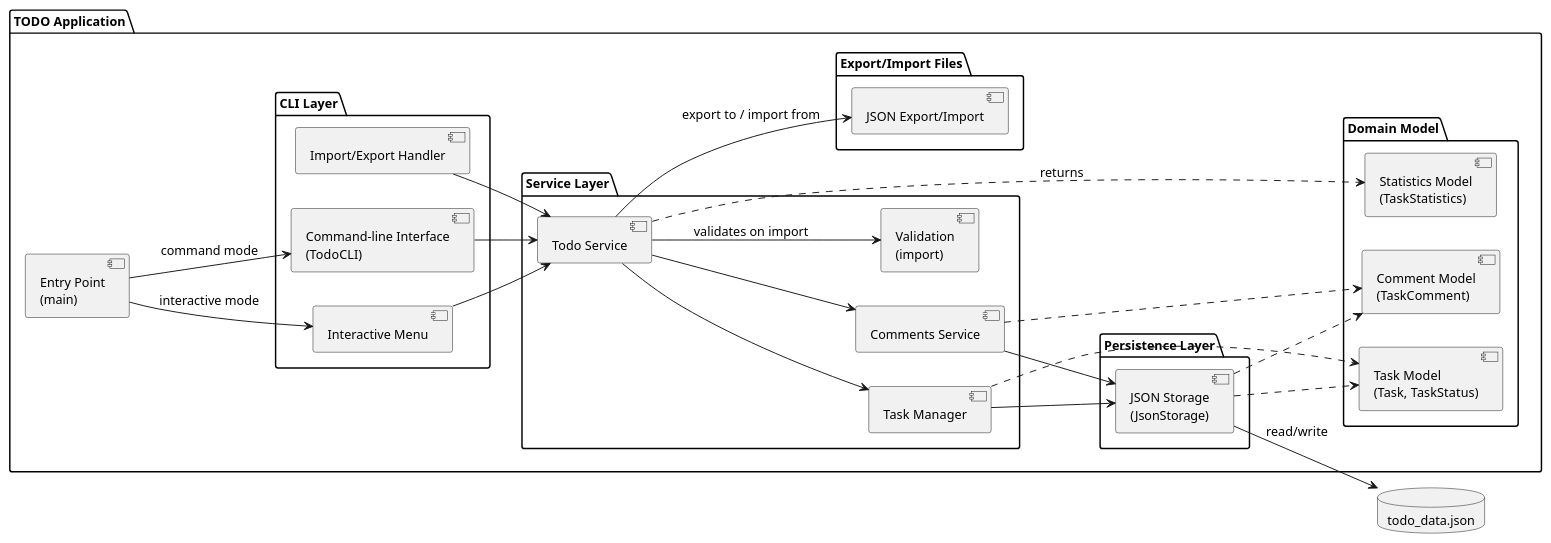
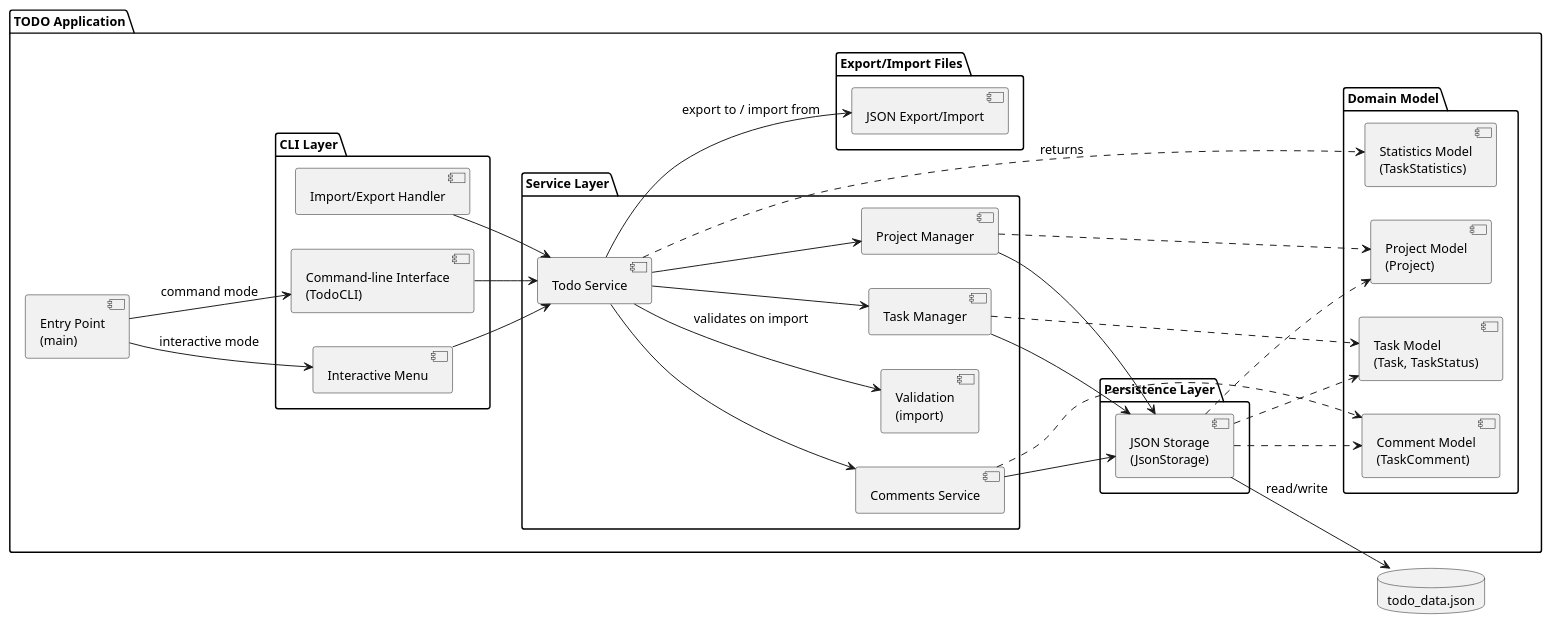
Before and after one commit to DanielRiha8906/Software_autoevolution_using_agents: the diagram in experiments/supervisor_as_tools/structured_text/TODO/artifacts/component_diagram.puml, drawn with PlantUML. The commit also changed 19 other files, not shown here.

```diff
--- a/experiments/supervisor_as_tools/structured_text/TODO/artifacts/component_diagram.puml
+++ b/experiments/supervisor_as_tools/structured_text/TODO/artifacts/component_diagram.puml
@@ -1,63 +1,69 @@
 @startuml component_diagram
 
 skinparam componentStyle uml2
 skinparam defaultFontSize 13
 
 left to right direction
 
 package "TODO Application" {
 
     component "Entry Point\n(main)" as Main
 
     package "CLI Layer" {
         component "Interactive Menu" as IM
         component "Command-line Interface\n(TodoCLI)" as CLI
         component "Import/Export Handler" as IEH
     }
 
     package "Service Layer" {
         component "Todo Service" as SVC
         component "Task Manager" as MGR
+        component "Project Manager" as PMR
         component "Comments Service" as COM
         component "Validation\n(import)" as VAL
     }
 
     package "Domain Model" {
         component "Task Model\n(Task, TaskStatus)" as Model
+        component "Project Model\n(Project)" as ProjectModel
         component "Comment Model\n(TaskComment)" as CommentModel
         component "Statistics Model\n(TaskStatistics)" as StatsModel
     }
 
     package "Persistence Layer" {
         component "JSON Storage\n(JsonStorage)" as Storage
     }
 
     package "Export/Import Files" {
         component "JSON Export/Import" as Files
     }
 }
 
 database "todo_data.json" as DB
 
 Main --> IM : interactive mode
 Main --> CLI : command mode
 
 IM --> SVC
 CLI --> SVC
 IEH --> SVC
 
 SVC --> MGR
+SVC --> PMR
 SVC --> COM
 SVC --> VAL : validates on import
 SVC ..> StatsModel : returns
 MGR --> Storage
 MGR ..> Model
+PMR --> Storage
+PMR ..> ProjectModel
 COM --> Storage
 COM ..> CommentModel
 Storage ..> Model
+Storage ..> ProjectModel
 Storage ..> CommentModel
 
 Storage --> DB : read/write
 SVC --> Files : export to / import from
 
 @enduml
```
